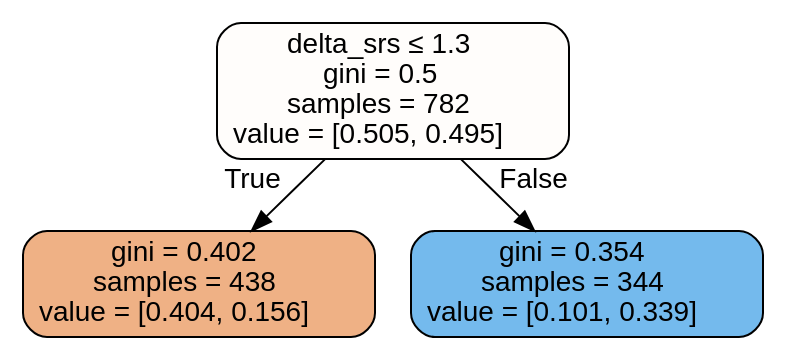
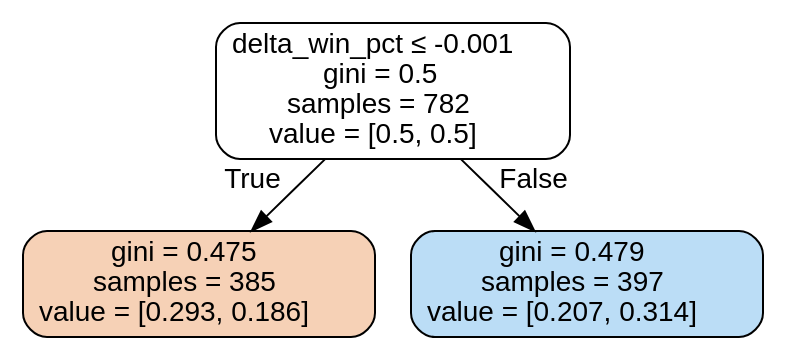
Before and after one commit to chipk215/ncaa_basketball: the diagram in Models/Source.gv, drawn with Graphviz. The commit also changed 9 other files, not shown here.

```diff
--- a/Models/Source.gv
+++ b/Models/Source.gv
@@ -1,9 +1,9 @@
 digraph Tree {
 node [shape=box, style="filled, rounded", color="black", fontname=helvetica] ;
 edge [fontname=helvetica] ;
-0 [label=<delta_srs &le; 1.3<br/>gini = 0.5<br/>samples = 782<br/>value = [0.505, 0.495]>, fillcolor="#e5813905"] ;
-1 [label=<gini = 0.402<br/>samples = 438<br/>value = [0.404, 0.156]>, fillcolor="#e581399d"] ;
+0 [label=<delta_win_pct &le; -0.001<br/>gini = 0.5<br/>samples = 782<br/>value = [0.5, 0.5]>, fillcolor="#399de500"] ;
+1 [label=<gini = 0.475<br/>samples = 385<br/>value = [0.293, 0.186]>, fillcolor="#e581395d"] ;
 0 -> 1 [labeldistance=2.5, labelangle=45, headlabel="True"] ;
-2 [label=<gini = 0.354<br/>samples = 344<br/>value = [0.101, 0.339]>, fillcolor="#399de5b3"] ;
+2 [label=<gini = 0.479<br/>samples = 397<br/>value = [0.207, 0.314]>, fillcolor="#399de557"] ;
 0 -> 2 [labeldistance=2.5, labelangle=-45, headlabel="False"] ;
 }
```
